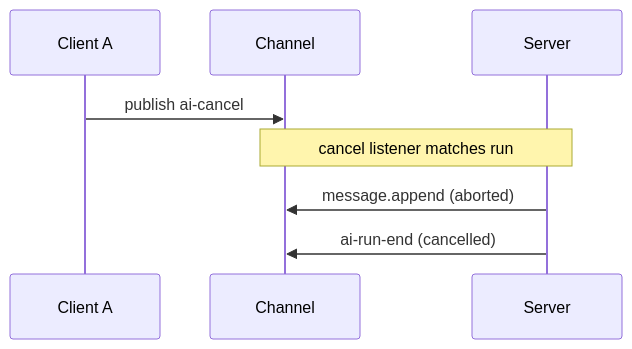
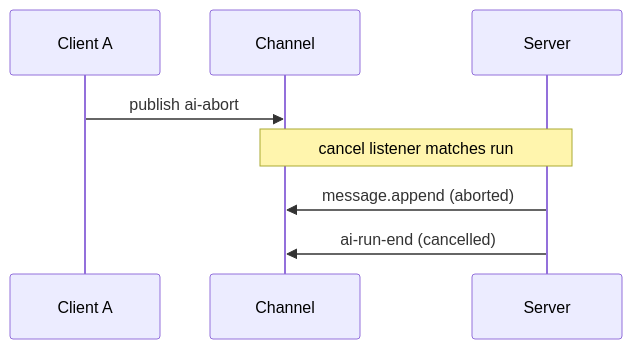
Before and after one commit to ably/ably-ai-transport-js: the second of 2 diagrams in docs/internals/wire-protocol.md, drawn with Mermaid. The commit also changed other lines of this file and 3 other files, not shown here.

````diff
--- a/docs/internals/wire-protocol.md
+++ b/docs/internals/wire-protocol.md
@@ -150,11 +148,11 @@
 ```mermaid
 sequenceDiagram
     participant A as Client A
     participant Ch as Channel
     participant S as Server
 
-    A->>Ch: publish ai-cancel
+    A->>Ch: publish ai-abort
     Note over Ch,S: cancel listener matches run
     S->>Ch: message.append (aborted)
     S->>Ch: ai-run-end (cancelled)
 ```
````
